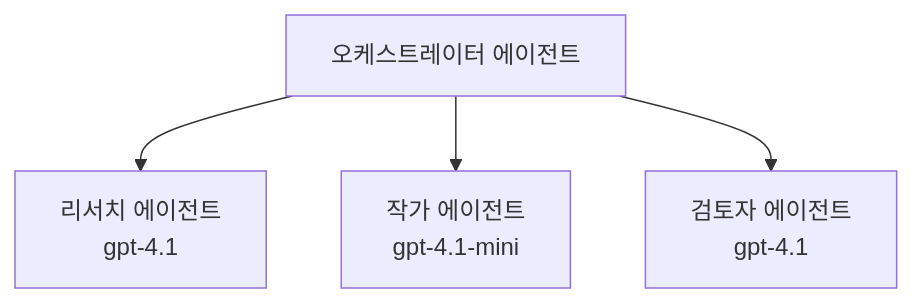
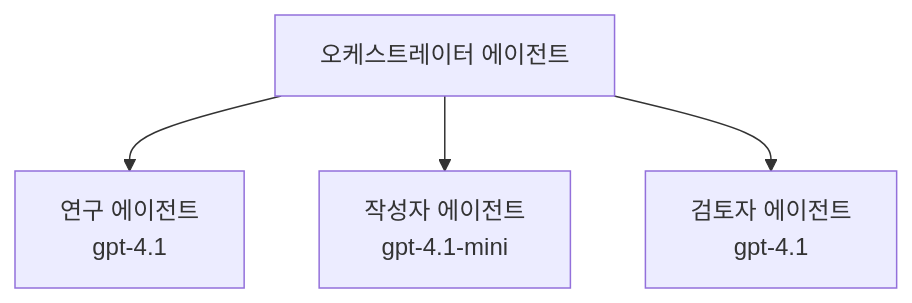
One commit to microsoft/AZD-for-beginners changed the third of 3 diagrams in translations/ko/docs/chapter-02-ai-development/agents.md. Above: the diagram before and after it, drawn with Mermaid. The commit also changed other lines of this file and 101 other files, not shown here.

````diff
--- a/translations/ko/docs/chapter-02-ai-development/agents.md
+++ b/translations/ko/docs/chapter-02-ai-development/agents.md
@@ -189,6 +194,6 @@
 ```mermaid
 graph TD
-    Orchestrator[오케스트레이터 에이전트] --> Research[리서치 에이전트<br/>gpt-4.1]
-    Orchestrator --> Writer[작가 에이전트<br/>gpt-4.1-mini]
+    Orchestrator[오케스트레이터 에이전트] --> Research[연구 에이전트<br/>gpt-4.1]
+    Orchestrator --> Writer[작성자 에이전트<br/>gpt-4.1-mini]
     Orchestrator --> Reviewer[검토자 에이전트<br/>gpt-4.1]
 ```
````
